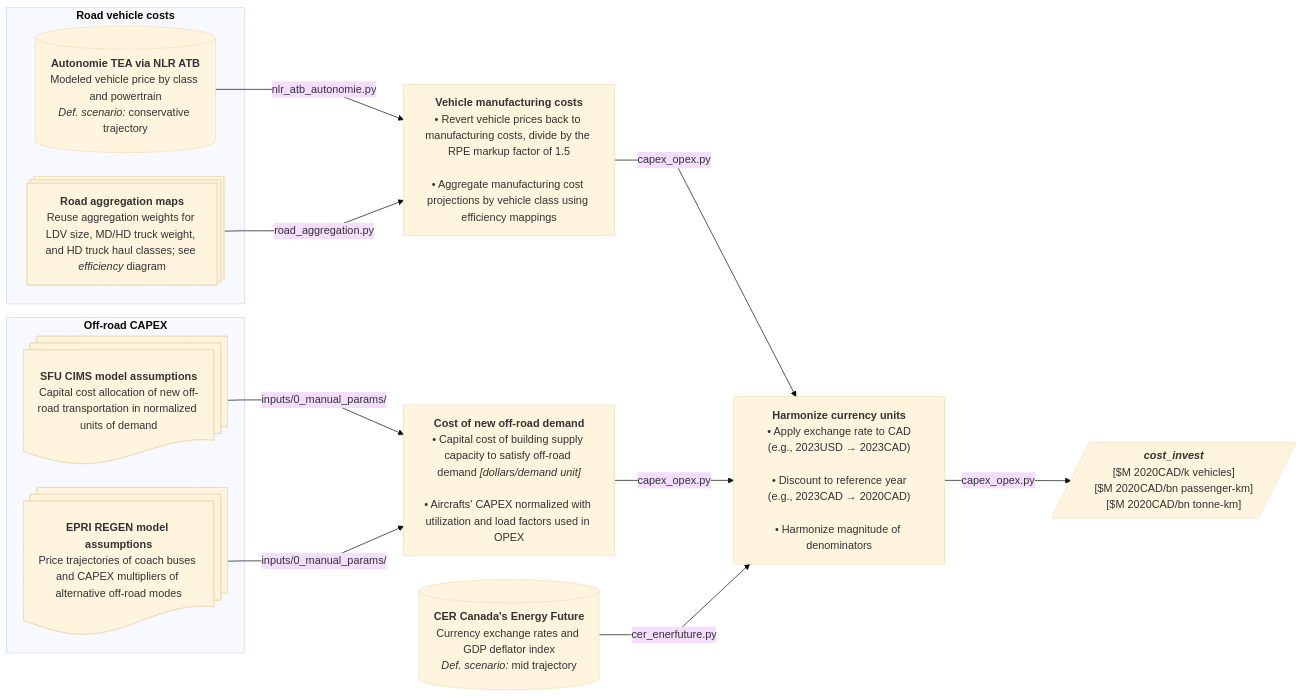
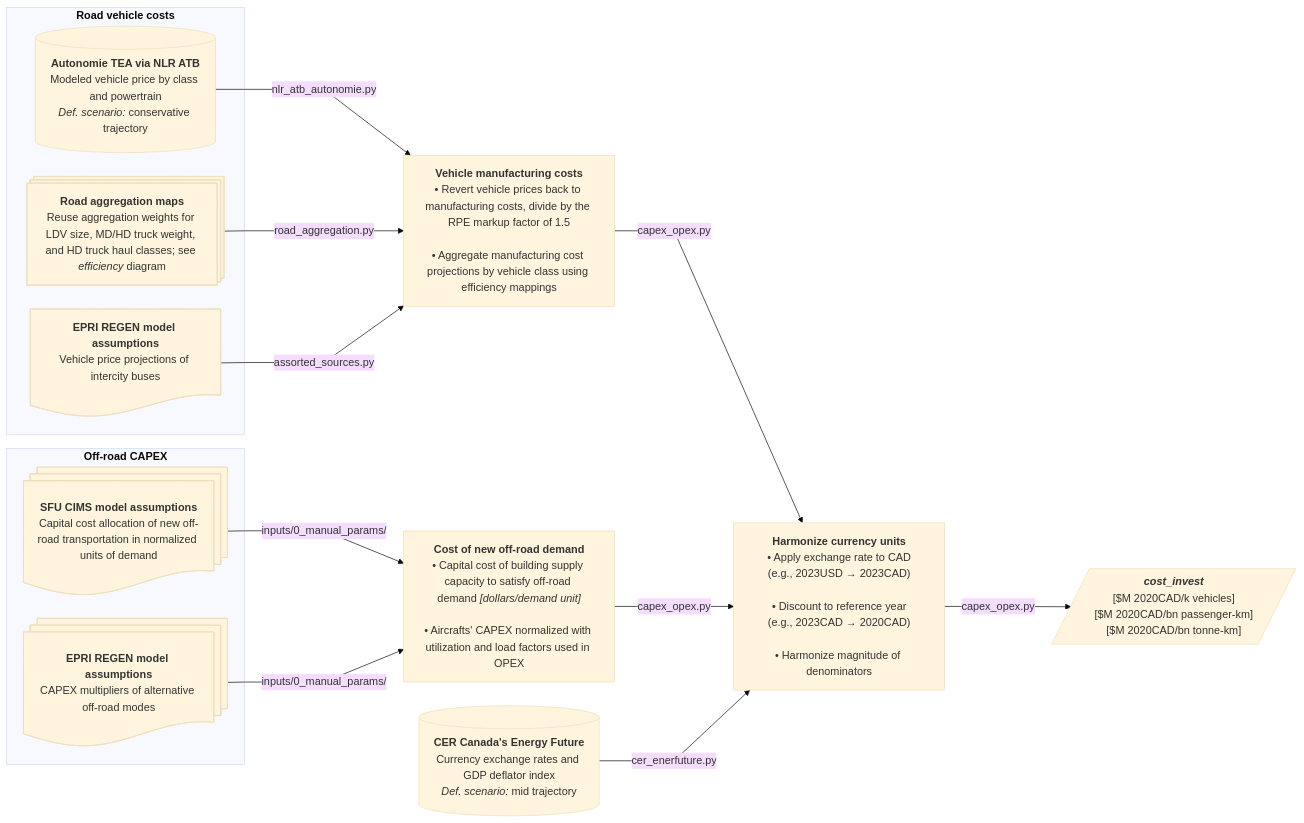
One commit to CANOE-main/canoe-transportation changed the seventh of 8 diagrams in docs/etl_flowcharts.md. Above: the diagram before and after it, drawn with Mermaid (base theme). The commit also changed other lines of this file and 63 other files, not shown here.

````diff
--- a/docs/etl_flowcharts.md
+++ b/docs/etl_flowcharts.md
@@ -373,46 +408,49 @@
 ```mermaid
 ---
 config:
   layout: dagre
   flowchart:
     nodeSpacing: 35
     rankSpacing: 50
     wrappingWidth: 250
     curve: linear
 ---
 flowchart LR
   s3[("`**CER Canada's Energy Future**<br>Currency exchange rates and GDP deflator index<br>*Def. scenario:* mid trajectory`")]
   subgraph offroad["`**Off-road CAPEX**`"]
 	  %% --- Sources ---
 	  s7@{shape: docs, label: "**SFU CIMS model assumptions**<br>Capital cost allocation of new off-road transportation in normalized units of demand"}
-	  s8@{shape: docs, label: "**EPRI REGEN model assumptions**<br>Price trajectories of coach buses and CAPEX multipliers of alternative off-road modes"}
+	  s8@{shape: docs, label: "**EPRI REGEN model assumptions**<br>CAPEX multipliers of alternative off-road modes"}
   end
-	  
+
   %% --- Processes ---
   p3["`**Cost of new off-road demand**<br>• Capital cost of building supply capacity to satisfy off-road demand *[dollars/demand unit]*<br><br>• Aircrafts' CAPEX normalized with utilization and load factors used in OPEX`"]
   s7 & s8 -- inputs/0_manual_params/ --> p3
-  
+
   subgraph road["`**Road vehicle costs**`"]
 	  %% --- Sources ---
 	  s1@{shape: processes, label: "**Road aggregation maps**<br>Reuse aggregation weights for LDV size, MD/HD truck weight, and HD truck haul classes; see *efficiency* diagram"}
 	  s2[("`**Autonomie TEA via NLR ATB**<br>Modeled vehicle price by class and powertrain<br>*Def. scenario:* conservative trajectory`")]
+    s8_bus@{shape: doc, label: "**EPRI REGEN model assumptions**<br>Vehicle price projections of intercity buses"}
   end
-	  
+
   %% --- Processes ---
   p2["`**Vehicle manufacturing costs**<br>• Revert vehicle prices back to manufacturing costs, divide by the RPE markup factor of 1.5<br><br>• Aggregate manufacturing cost projections by vehicle class using efficiency mappings`"]
   s2 -- nlr_atb_autonomie.py --> p2
   s1 -- road_aggregation.py --> p2
-  
+  s8_bus -- assorted_sources.py --> p2
+
   p4["`**Harmonize currency units**<br>• Apply exchange rate to CAD<br>(e.g., 2023USD → 2023CAD)<br><br>• Discount to reference year<br>(e.g., 2023CAD → 2020CAD)<br><br>• Harmonize magnitude of denominators`"]
   p2 -- capex_opex.py --> p4
   p3 -- capex_opex.py --> p4
   s3 -- cer_enerfuture.py --> p4
 
   p4 -- capex_opex.py --> o1[/"`***cost_invest***<br>[$M 2020CAD/k vehicles]<br>[$M 2020CAD/bn passenger-km]<br>[$M 2020CAD/bn tonne-km]`"/]
 
   %% --- Hyperlinks ---
+  click s8_bus "https://us-regen-docs.epri.com/v2025/assumptions/transportation.html#on-road-fleet-vehicles"
   click s8 "https://us-regen-docs.epri.com/v2025/assumptions/transportation.html#non-road-vehicles"
   click s7 "https://github.com/EMRG-SFU/cims-models/tree/main/sources/sectors"
   click s2 "https://vms.taps.anl.gov/research-highlights/vehicle-technologies/u-s-doe-vto-hfto-r-d-benefits/"
   click s3 "https://open.canada.ca/data/en/dataset/07c42deb-9435-43b9-a416-7ce316f3893d"
 ```
````
